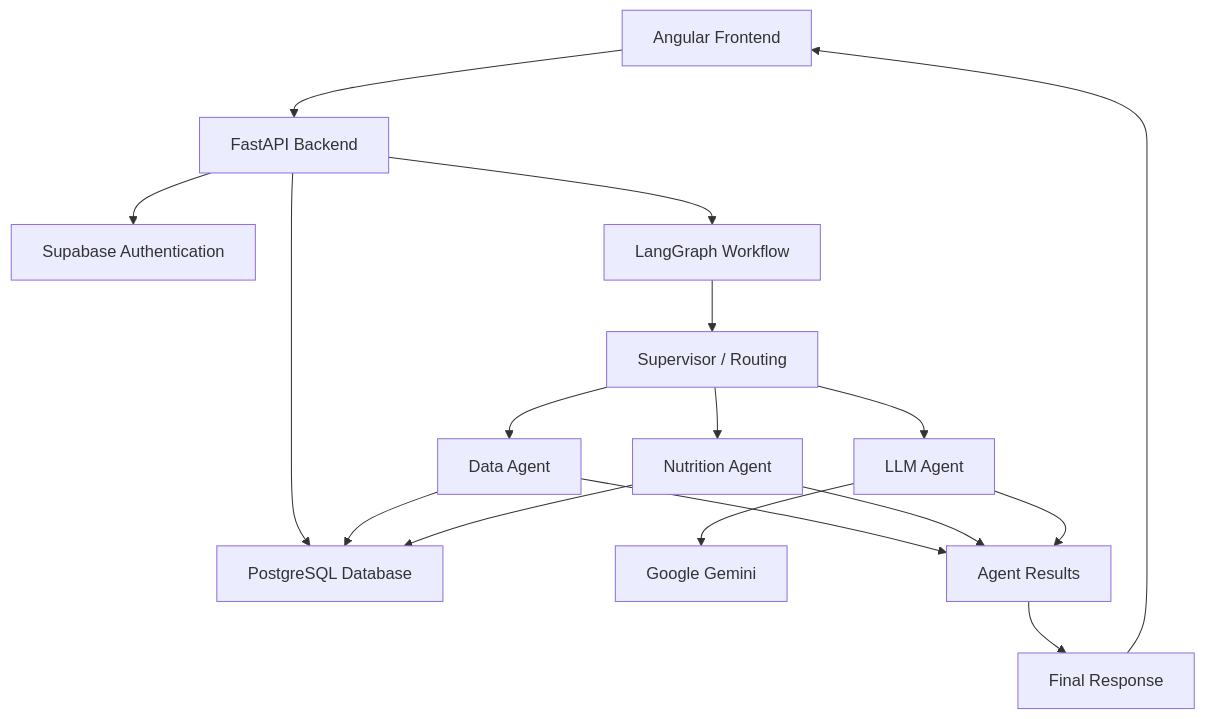
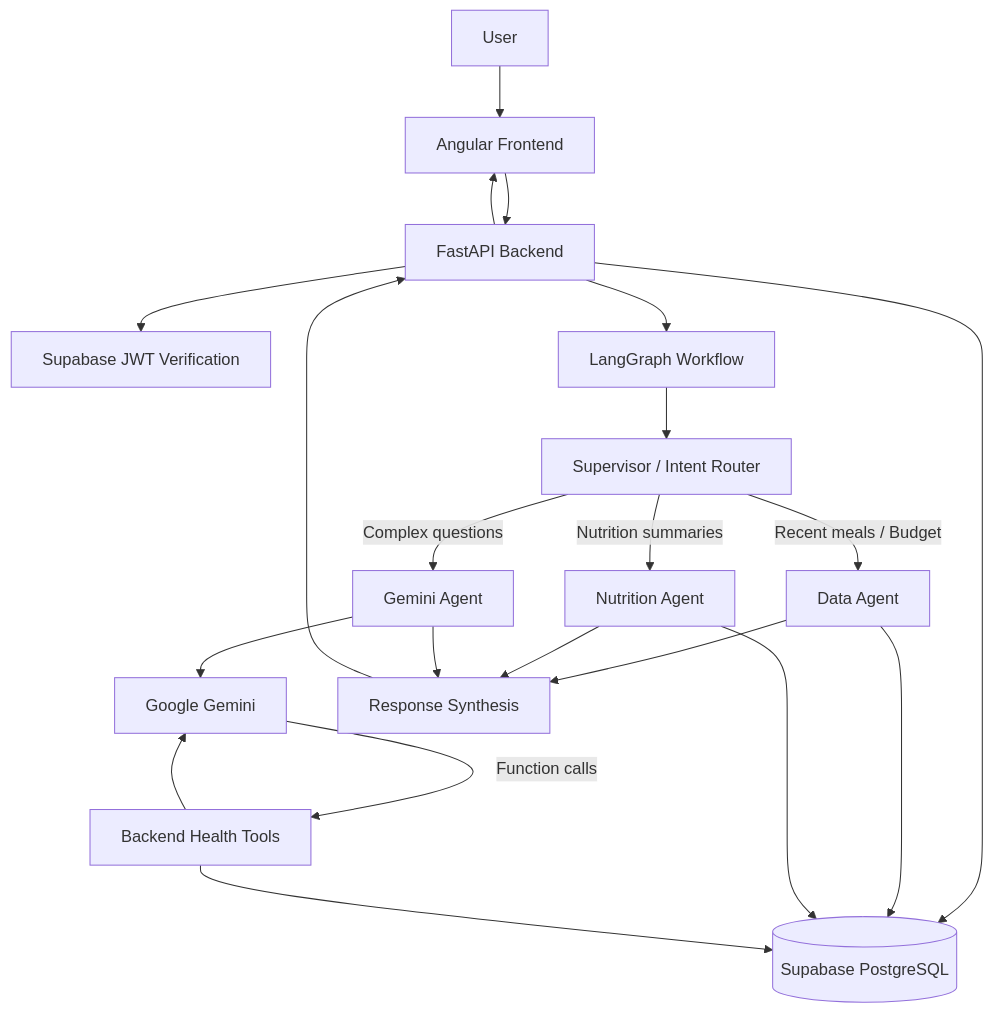
One commit to VINAMRA-123/HealthGPT changed the diagram in README.md. Above: the diagram before and after it, drawn with Mermaid. The commit also changed other lines of this file, not shown here.

Commit message:
docs: add technical HealthGPT README

````diff
--- a/README.md
+++ b/README.md
@@ -23,22 +76,30 @@
 ```mermaid
 flowchart TD
-    A[Angular Frontend] --> B[FastAPI Backend]
-    B --> C[Supabase Authentication]
-    B --> D[LangGraph Workflow]
-    B --> E[PostgreSQL Database]
+    U[User] --> FE[Angular Frontend]
+    FE --> API[FastAPI Backend]
 
-    D --> F[Supervisor / Routing]
-    F --> G[Data Agent]
-    F --> H[Nutrition Agent]
-    F --> I[LLM Agent]
+    API --> AUTH[Supabase JWT Verification]
+    API --> DB[(Supabase PostgreSQL)]
+    API --> GRAPH[LangGraph Workflow]
 
-    G --> E
-    H --> E
-    I --> J[Google Gemini]
+    GRAPH --> SUP[Supervisor / Intent Router]
 
-    G --> K[Agent Results]
-    H --> K
-    I --> K
-    K --> L[Final Response]
-    L --> A
+    SUP -->|Recent meals / Budget| DA[Data Agent]
+    SUP -->|Nutrition summaries| NA[Nutrition Agent]
+    SUP -->|Complex questions| GA[Gemini Agent]
+
+    DA --> DB
+    NA --> DB
+
+    GA --> GEM[Google Gemini]
+    GEM -->|Function calls| TOOLS[Backend Health Tools]
+    TOOLS --> DB
+    TOOLS --> GEM
+
+    DA --> SYN[Response Synthesis]
+    NA --> SYN
+    GA --> SYN
+
+    SYN --> API
+    API --> FE
 ```
````
